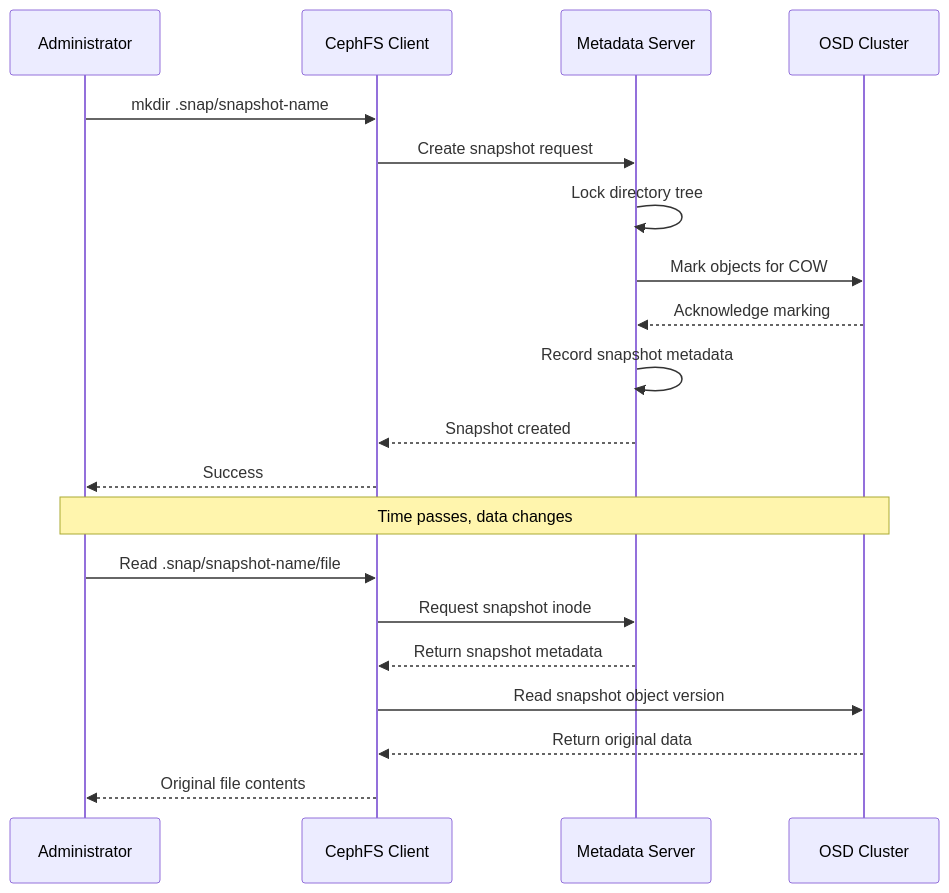
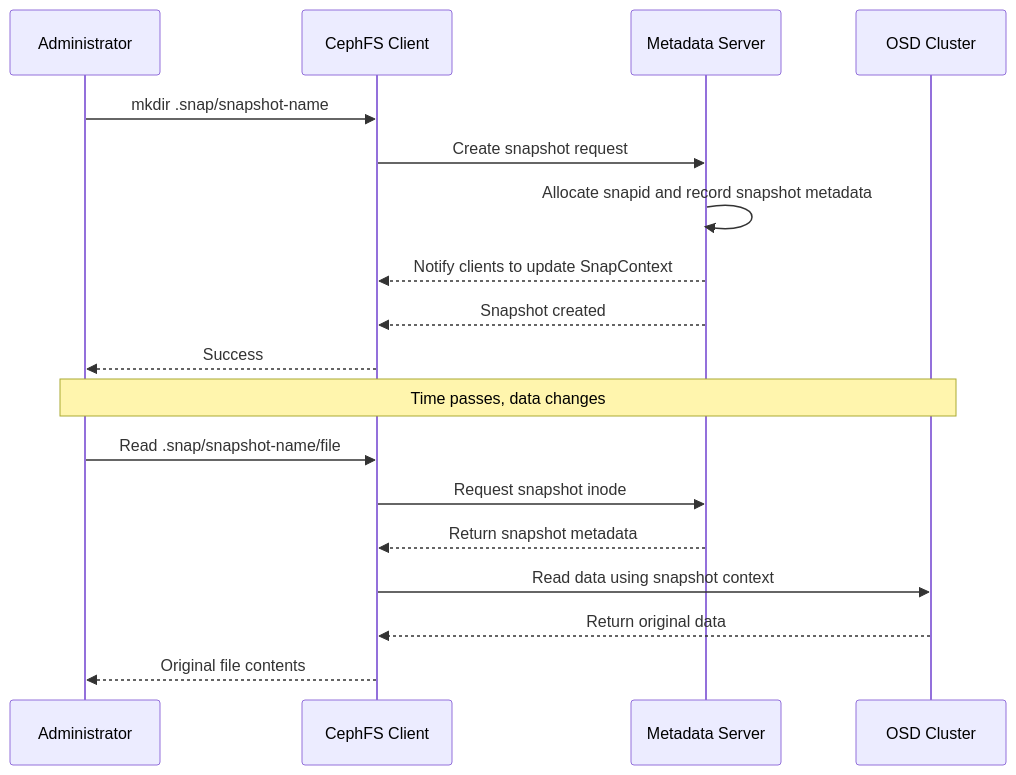
One commit to OneUptime/blog changed the second of 4 diagrams in posts/2026-01-30-ceph-cephfs-snapshots/README.md. Above: the diagram before and after it, drawn with Mermaid. The commit also changed other lines of this file and 2 other files, not shown here.

````diff
--- a/posts/2026-01-30-ceph-cephfs-snapshots/README.md
+++ b/posts/2026-01-30-ceph-cephfs-snapshots/README.md
@@ -160,25 +164,23 @@
 ```mermaid
 sequenceDiagram
     participant Admin as Administrator
     participant Client as CephFS Client
     participant MDS as Metadata Server
     participant OSD as OSD Cluster
 
     Admin->>Client: mkdir .snap/snapshot-name
     Client->>MDS: Create snapshot request
-    MDS->>MDS: Lock directory tree
-    MDS->>OSD: Mark objects for COW
-    OSD-->>MDS: Acknowledge marking
-    MDS->>MDS: Record snapshot metadata
+    MDS->>MDS: Allocate snapid and record snapshot metadata
+    MDS-->>Client: Notify clients to update SnapContext
     MDS-->>Client: Snapshot created
     Client-->>Admin: Success
 
     Note over Admin,OSD: Time passes, data changes
 
     Admin->>Client: Read .snap/snapshot-name/file
     Client->>MDS: Request snapshot inode
     MDS-->>Client: Return snapshot metadata
-    Client->>OSD: Read snapshot object version
+    Client->>OSD: Read data using snapshot context
     OSD-->>Client: Return original data
     Client-->>Admin: Original file contents
 ```
````
